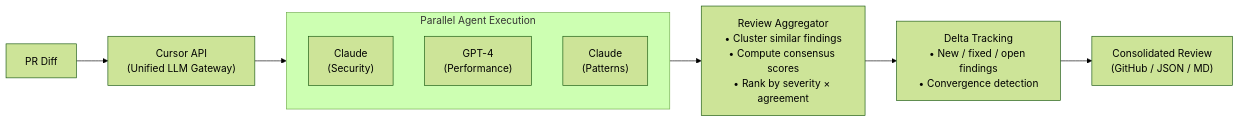
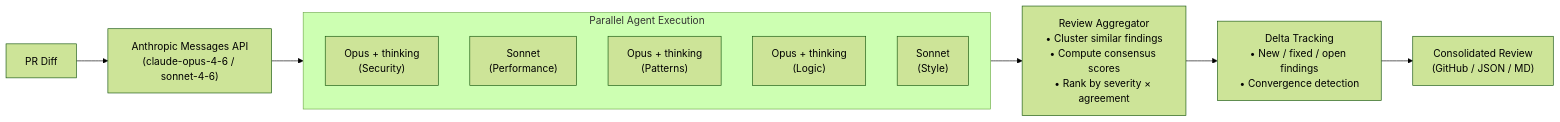
One commit to calimero-network/ai-code-reviewer changed the diagram in README.md. Above: the diagram before and after it, drawn with Mermaid (forest theme). The commit also changed other lines of this file and 6 other files, not shown here.

First line of the commit message:
docs,ci,deploy(phase-8): rename Cursor -> Anthropic across surfaces

````diff
--- a/README.md
+++ b/README.md
@@ -49,16 +49,18 @@
 ```mermaid
 flowchart LR
-    PR["PR Diff"] --> Cursor["Cursor API\n(Unified LLM Gateway)"]
+    PR["PR Diff"] --> Anthropic["Anthropic Messages API\n(claude-opus-4-6 / sonnet-4-6)"]
 
     subgraph Agents["Parallel Agent Execution"]
-        A1["Claude\n(Security)"]
-        A2["GPT-4\n(Performance)"]
-        A3["Claude\n(Patterns)"]
+        A1["Opus + thinking\n(Security)"]
+        A2["Sonnet\n(Performance)"]
+        A3["Opus + thinking\n(Patterns)"]
+        A4["Opus + thinking\n(Logic)"]
+        A5["Sonnet\n(Style)"]
     end
 
-    Cursor --> Agents
+    Anthropic --> Agents
 
     Agents --> Agg["Review Aggregator\n• Cluster similar findings\n• Compute consensus scores\n• Rank by severity × agreement"]
     Agg --> Delta["Delta Tracking\n• New / fixed / open findings\n• Convergence detection"]
     Delta --> Out["Consolidated Review\n(GitHub / JSON / MD)"]
 ```
````
